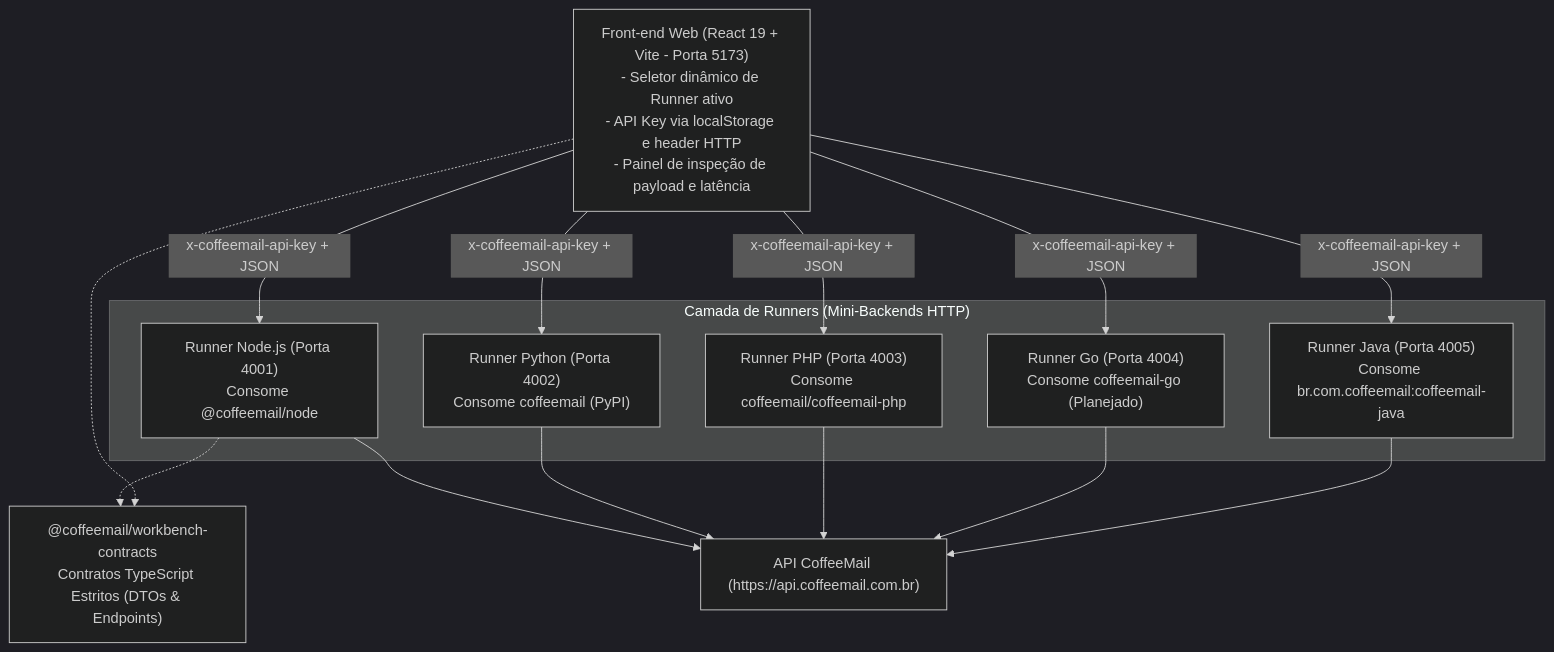
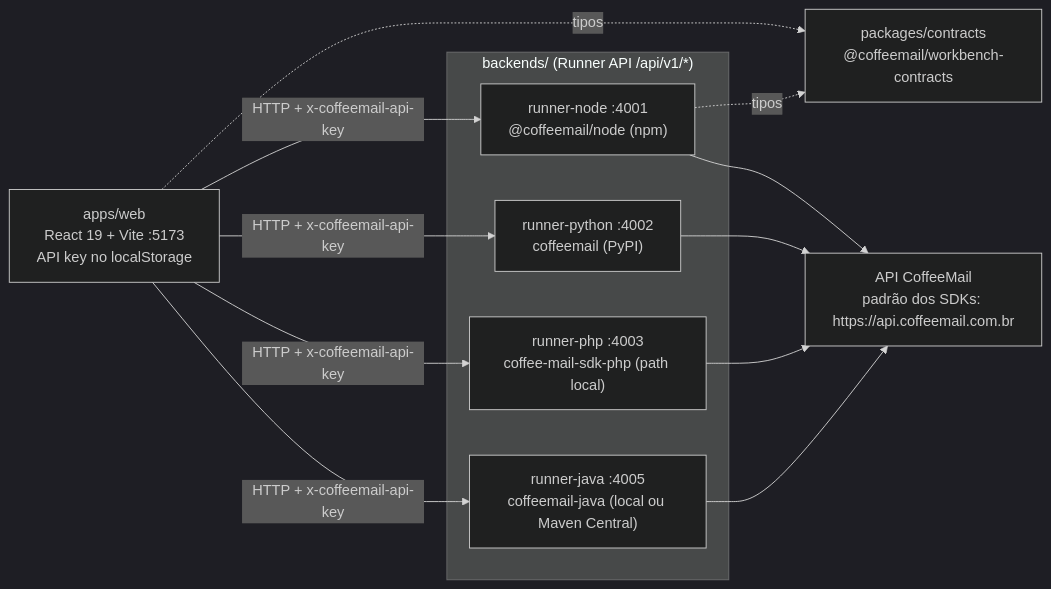
One commit to Coffee-Mail/coffee-mail-sdk-workbench changed the diagram in README.md. Above: the diagram before and after it, drawn with Mermaid (dark theme). The commit also changed other lines of this file, not shown here.

First line of the commit message:
docs: reescreve o README no padrão do ecossistema

````diff
--- a/README.md
+++ b/README.md
@@ -35,29 +82,25 @@
 ```mermaid
-flowchart TD
-    Front["Front-end Web (React 19 + Vite - Porta 5173)\n- Seletor dinâmico de Runner ativo\n- API Key via localStorage e header HTTP\n- Painel de inspeção de payload e latência"]
-    
-    subgraph Runners ["Camada de Runners (Mini-Backends HTTP)"]
-        RunnerNode["Runner Node.js (Porta 4001)\nConsome @coffeemail/node"]
-        RunnerPython["Runner Python (Porta 4002)\nConsome coffeemail (PyPI)"]
-        RunnerPhp["Runner PHP (Porta 4003)\nConsome coffeemail/coffeemail-php"]
-        RunnerGo["Runner Go (Porta 4004)\nConsome coffeemail-go (Planejado)"]
-        RunnerJava["Runner Java (Porta 4005)\nConsome br.com.coffeemail:coffeemail-java"]
+flowchart LR
+    UI["apps/web<br/>React 19 + Vite :5173<br/>API key no localStorage"]
+    Contracts["packages/contracts<br/>@coffeemail/workbench-contracts"]
+
+    subgraph Runners["backends/ (Runner API /api/v1/*)"]
+        Node["runner-node :4001<br/>@coffeemail/node (npm)"]
+        Py["runner-python :4002<br/>coffeemail (PyPI)"]
+        Php["runner-php :4003<br/>coffee-mail-sdk-php (path local)"]
+        Java["runner-java :4005<br/>coffeemail-java (local ou Maven Central)"]
     end
-    
-    Contracts["@coffeemail/workbench-contracts\nContratos TypeScript Estritos (DTOs & Endpoints)"]
-    
-    Front -->|"x-coffeemail-api-key + JSON"| RunnerNode
-    Front -->|"x-coffeemail-api-key + JSON"| RunnerPython
-    Front -->|"x-coffeemail-api-key + JSON"| RunnerPhp
-    Front -->|"x-coffeemail-api-key + JSON"| RunnerGo
-    Front -->|"x-coffeemail-api-key + JSON"| RunnerJava
-    
-    RunnerNode -.-> Contracts
-    Front -.-> Contracts
-    
-    RunnerNode --> CoffeeMailAPI["API CoffeeMail (https://api.coffeemail.com.br)"]
-    RunnerPython --> CoffeeMailAPI
-    RunnerPhp --> CoffeeMailAPI
-    RunnerGo --> CoffeeMailAPI
-    RunnerJava --> CoffeeMailAPI
+
+    API["API CoffeeMail<br/>padrão dos SDKs: https://api.coffeemail.com.br"]
+
+    UI -->|"HTTP + x-coffeemail-api-key"| Node
+    UI -->|"HTTP + x-coffeemail-api-key"| Py
+    UI -->|"HTTP + x-coffeemail-api-key"| Php
+    UI -->|"HTTP + x-coffeemail-api-key"| Java
+    UI -.->|tipos| Contracts
+    Node -.->|tipos| Contracts
+    Node --> API
+    Py --> API
+    Php --> API
+    Java --> API
 ```
````
